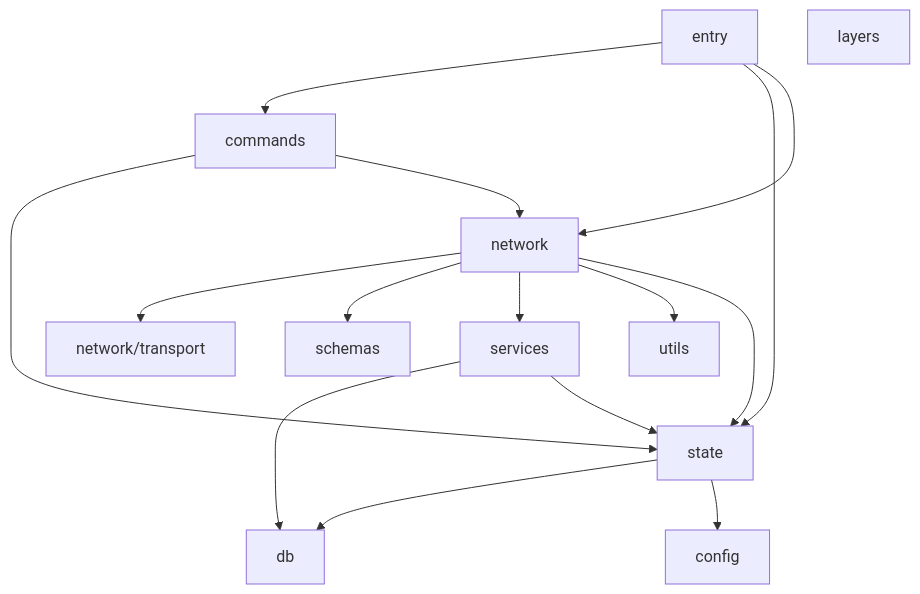
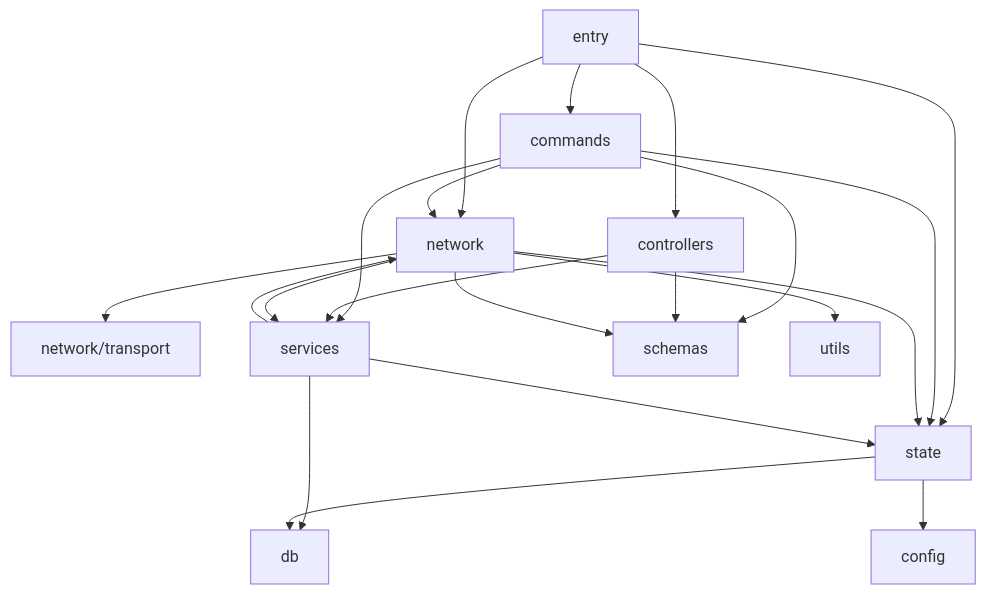
The fifth of 5 diagrams in .copilot/project-dependency-map.md (XiaoSong-dada/xs-examination), drawn with Mermaid before and after one commit. The commit also changed other lines of this file and 2 other files, not shown here.

Commit message:
docs:获取本机ip拓扑图与最短链路

````diff
--- a/.copilot/project-dependency-map.md
+++ b/.copilot/project-dependency-map.md
@@ -457,29 +465,35 @@
 ```mermaid
 graph TD
     SEntry[entry]
     SCmd[commands]
+    SCtrl[controllers]
     SNet[network]
     STransport[network/transport]
     SSvc[services]
     SSchema[schemas]
     SState[state]
     SDb[db]
     SConfig[config]
     SUtils[utils]
-    SLayers[layers]
 
     SEntry --> SCmd
+    SEntry --> SCtrl
     SEntry --> SState
     SEntry --> SNet
     SCmd --> SState
     SCmd --> SNet
+    SCmd --> SSvc
+    SCmd --> SSchema
+    SCtrl --> SSvc
+    SCtrl --> SSchema
     SNet --> STransport
     SNet --> SSchema
     SNet --> SSvc
     SNet --> SUtils
     SNet --> SState
     SSvc --> SDb
     SSvc --> SState
+    SSvc --> SNet
     SState --> SDb
     SState --> SConfig
 ```
````
